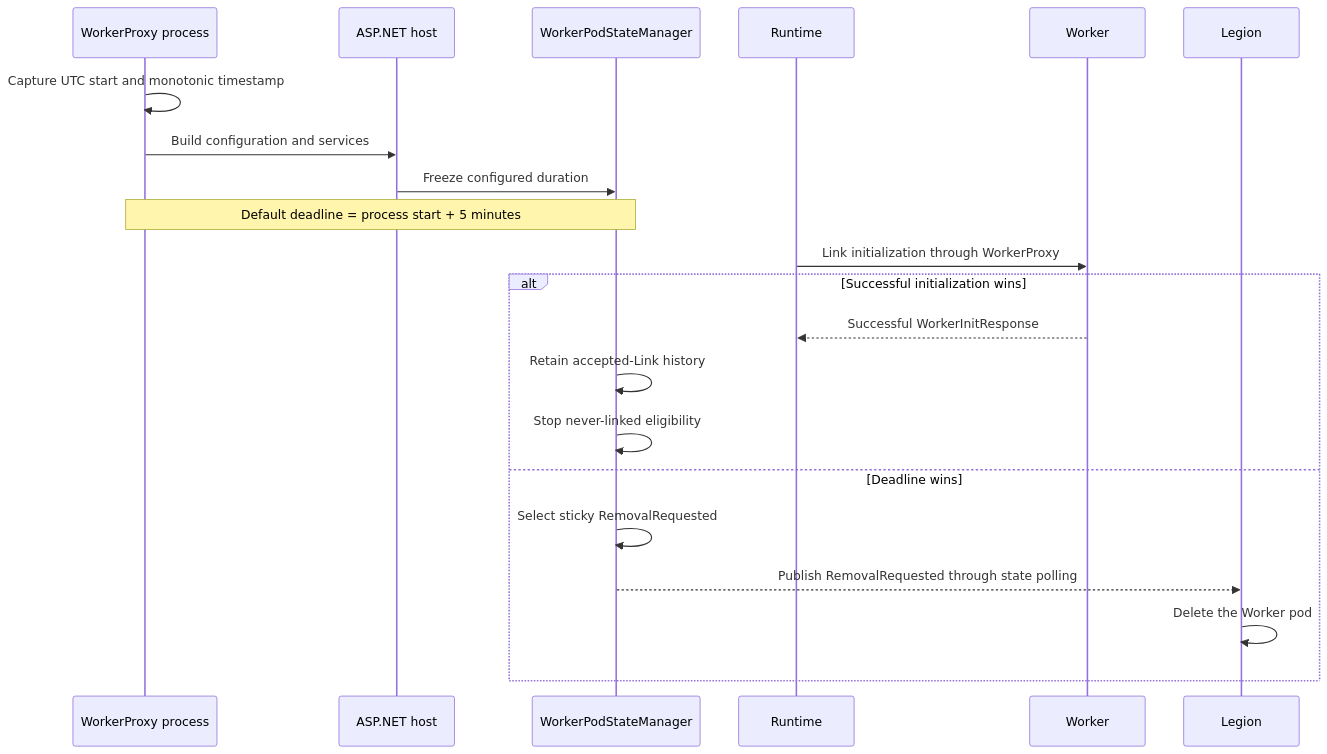
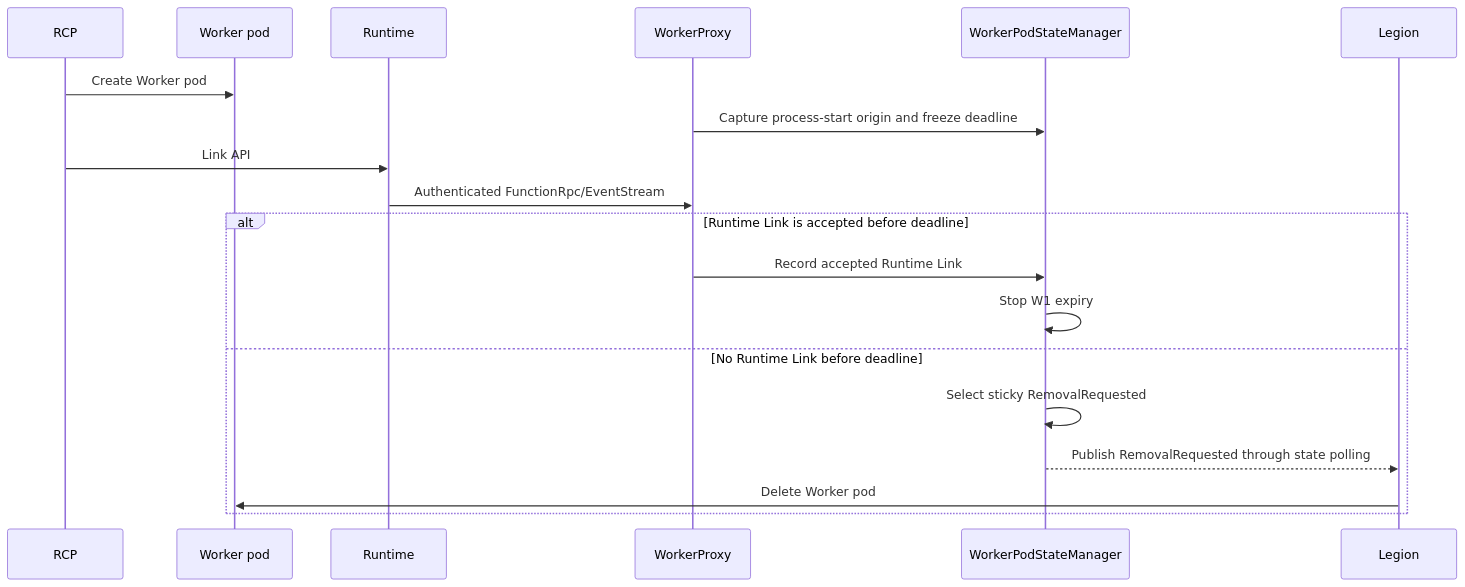
One commit to Azure/azure-functions-host changed the first of 4 diagrams in tools/ComputeSeparation/byoc-worker-never-linked-cleanup.md. Above: the diagram before and after it, drawn with Mermaid. The commit also changed other lines of this file and 11 other files, not shown here.

Commit message:
Narrow W1 to Runtime Link

````diff
--- a/tools/ComputeSeparation/byoc-worker-never-linked-cleanup.md
+++ b/tools/ComputeSeparation/byoc-worker-never-linked-cleanup.md
@@ -52,24 +51,22 @@
 ```mermaid
 sequenceDiagram
-    participant Process as WorkerProxy process
-    participant Host as ASP.NET host
+    participant RCP
+    participant Pod as Worker pod
+    participant Runtime
+    participant Proxy as WorkerProxy
     participant State as WorkerPodStateManager
-    participant Runtime
-    participant Worker
     participant Legion
 
-    Process->>Process: Capture UTC start and monotonic timestamp
-    Process->>Host: Build configuration and services
-    Host->>State: Freeze configured duration
-    Note over Process,State: Default deadline = process start + 5 minutes
-    Runtime->>Worker: Link initialization through WorkerProxy
-    alt Successful initialization wins
-        Worker-->>Runtime: Successful WorkerInitResponse
-        State->>State: Retain accepted-Link history
-        State->>State: Stop never-linked eligibility
-    else Deadline wins
+    RCP->>Pod: Create Worker pod
+    Proxy->>State: Capture process-start origin and freeze deadline
+    RCP->>Runtime: Link API
+    Runtime->>Proxy: Authenticated FunctionRpc/EventStream
+    alt Runtime Link is accepted before deadline
+        Proxy->>State: Record accepted Runtime Link
+        State->>State: Stop W1 expiry
+    else No Runtime Link before deadline
         State->>State: Select sticky RemovalRequested
         State-->>Legion: Publish RemovalRequested through state polling
-        Legion->>Legion: Delete the Worker pod
+        Legion->>Pod: Delete Worker pod
     end
 ```
````
